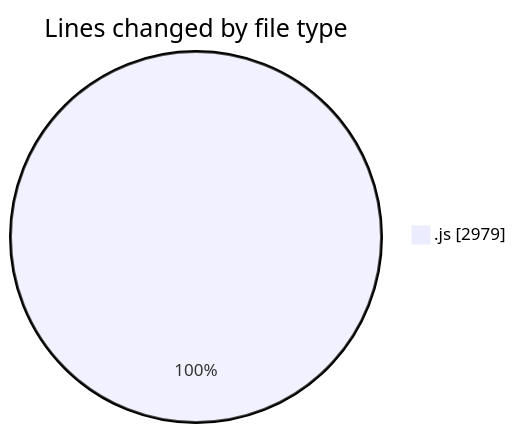
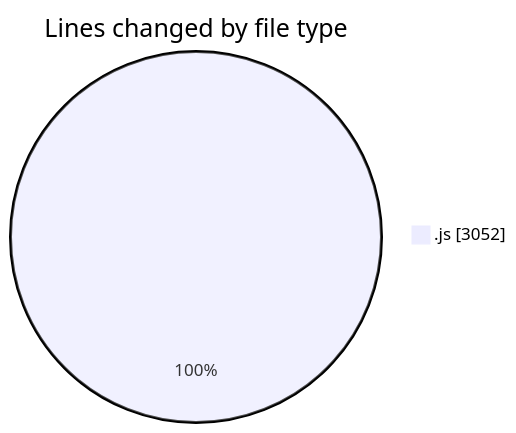
The first of 2 diagrams in 2025-10-16/nxtqube_webapp/README.md (nxtqubesakshisongat/code-tracking), drawn with Mermaid before and after one commit. The commit also changed other lines of this file and 1 other file, not shown here.

````diff
--- a/2025-10-16/nxtqube_webapp/README.md
+++ b/2025-10-16/nxtqube_webapp/README.md
@@ -20,5 +20,5 @@
 ```mermaid
 pie showData
 title Lines changed by file type
-".js" : 2979
+".js" : 3052
 ```
````
